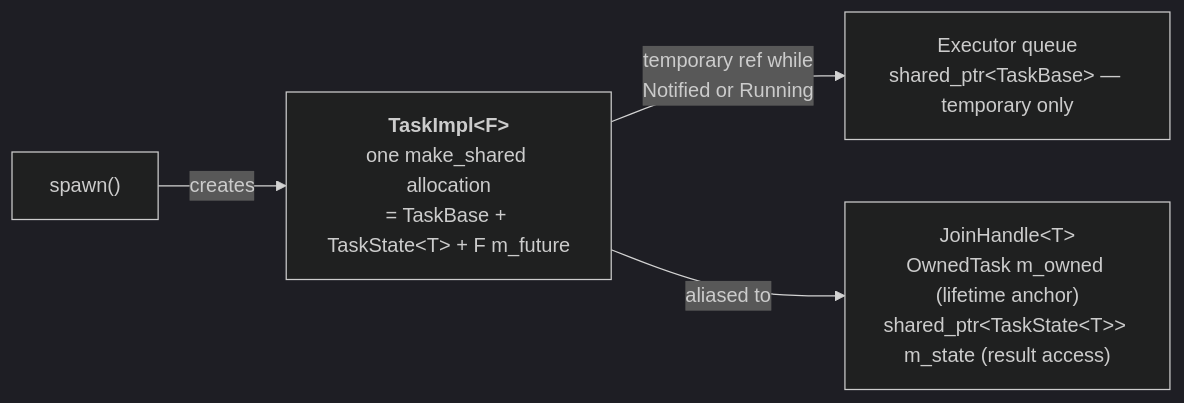
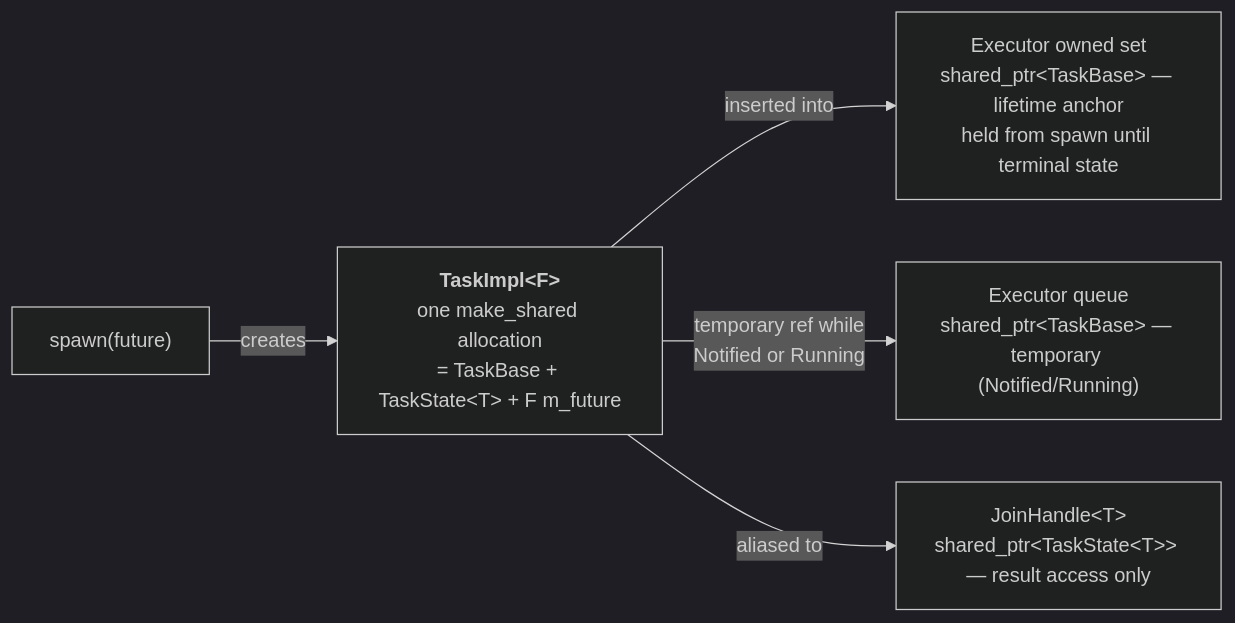
Before and after one commit to bts164/coro: the first of 3 diagrams in doc/task_and_executor.md, drawn with Mermaid (dark theme). The commit also changed other lines of this file and 55 other files, not shown here.

````diff
--- a/doc/task_and_executor.md
+++ b/doc/task_and_executor.md
@@ -220,11 +220,13 @@
 ```mermaid
 flowchart LR
-    S["spawn()"]
+    S["spawn(future)"]
     I["<b>TaskImpl&lt;F&gt;</b><br/>one make_shared allocation<br/>= TaskBase + TaskState&lt;T&gt; + F m_future"]
-    E["Executor queue<br/>shared_ptr&lt;TaskBase&gt; — temporary only"]
-    J["JoinHandle&lt;T&gt;<br/>OwnedTask m_owned (lifetime anchor)<br/>shared_ptr&lt;TaskState&lt;T&gt;&gt; m_state (result access)"]
+    OL["Executor owned set<br/>shared_ptr&lt;TaskBase&gt; — lifetime anchor<br/>held from spawn until terminal state"]
+    E["Executor queue<br/>shared_ptr&lt;TaskBase&gt; — temporary (Notified/Running)"]
+    J["JoinHandle&lt;T&gt;<br/>shared_ptr&lt;TaskState&lt;T&gt;&gt; — result access only"]
 
     S -->|"creates"| I
+    I -->|"inserted into"| OL
     I -->|"temporary ref while\nNotified or Running"| E
     I -->|"aliased to"| J
 ```
````
